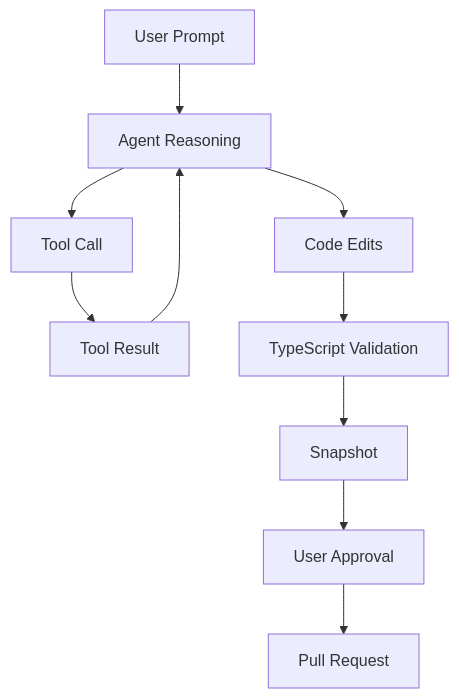
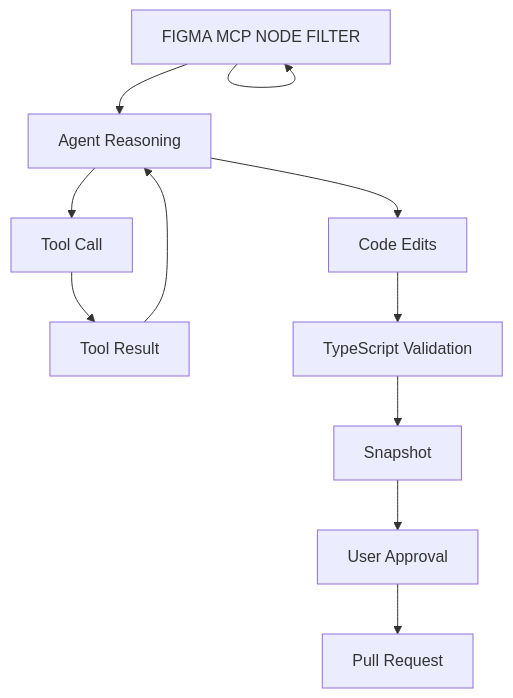
The second of 4 diagrams in README.md (omarcarrascoo/UNITY-OS-MPC-SERVER), drawn with Mermaid before and after one commit.

Commit message:
Update workflow diagram to include Figma MCP Node Filter

````diff
--- a/README.md
+++ b/README.md
@@ -199,12 +199,12 @@
 ```mermaid
 flowchart TD
-    P[User Prompt] --> R[Agent Reasoning]
+    P[User Prompt] -->P[FIGMA MCP NODE FILTER] --> R[Agent Reasoning]
     R --> T[Tool Call]
     T --> C[Tool Result]
     C --> R
     R --> E[Code Edits]
     E --> V[TypeScript Validation]
     V --> S[Snapshot]
     S --> U[User Approval]
     U --> PR[Pull Request]
 ```
````
